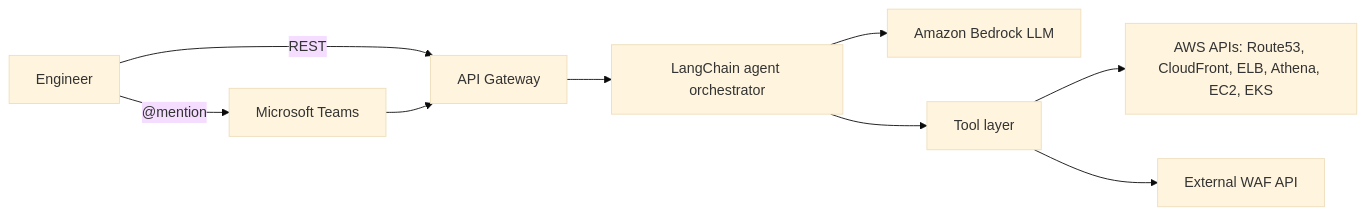
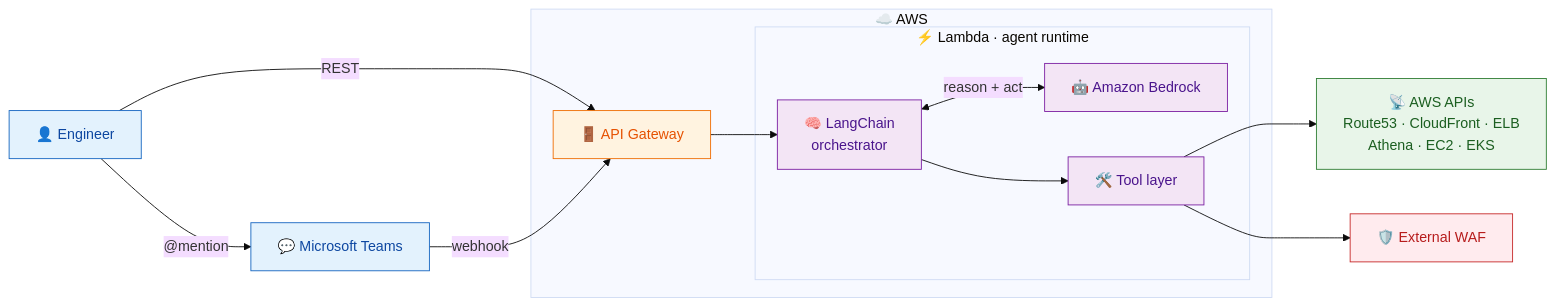
Before and after one commit to grey-techstack/aws-network-ops-agent: the first of 2 diagrams in README.md, drawn with Mermaid (base theme). The commit also changed other lines of this file, not shown here.

Commit message:
docs: restyle architecture diagrams (color-coded layers, icons, grouped runtime)
Add mermaid classDef color coding (client/gateway/AI/data/security), emoji
icons, and a subgraph grouping the Lambda agent runtime — while keeping only
GitHub-supported syntax (quoted labels, no id collisions).

````diff
--- a/README.md
+++ b/README.md
@@ -33,11 +33,37 @@
 ```mermaid
 flowchart LR
-    U["Engineer"] -->|"@mention"| T["Microsoft Teams"]
-    U -->|"REST"| AGW["API Gateway"]
-    T --> AGW
-    AGW --> O["LangChain agent orchestrator"]
-    O --> B["Amazon Bedrock LLM"]
-    O --> TL["Tool layer"]
-    TL --> AWS["AWS APIs: Route53, CloudFront, ELB, Athena, EC2, EKS"]
-    TL --> WAF["External WAF API"]
+    U["👤 Engineer"]
+    T["💬 Microsoft Teams"]
+
+    subgraph AWS ["☁️ AWS"]
+        AGW["🚪 API Gateway"]
+        subgraph RT ["⚡ Lambda · agent runtime"]
+            O["🧠 LangChain<br/>orchestrator"]
+            B["🤖 Amazon Bedrock"]
+            TL["🛠️ Tool layer"]
+        end
+    end
+
+    API["📡 AWS APIs<br/>Route53 · CloudFront · ELB<br/>Athena · EC2 · EKS"]
+    WAF["🛡️ External WAF"]
+
+    U -->|"@mention"| T
+    U -->|"REST"| AGW
+    T -->|"webhook"| AGW
+    AGW --> O
+    O <-->|"reason + act"| B
+    O --> TL
+    TL --> API
+    TL --> WAF
+
+    classDef client fill:#E3F2FD,stroke:#1565C0,color:#0D47A1;
+    classDef gw fill:#FFF3E0,stroke:#EF6C00,color:#E65100;
+    classDef ai fill:#F3E5F5,stroke:#7B1FA2,color:#4A148C;
+    classDef data fill:#E8F5E9,stroke:#2E7D32,color:#1B5E20;
+    classDef sec fill:#FFEBEE,stroke:#C62828,color:#B71C1C;
+    class U,T client;
+    class AGW gw;
+    class O,B,TL ai;
+    class API data;
+    class WAF sec;
 ```
````
